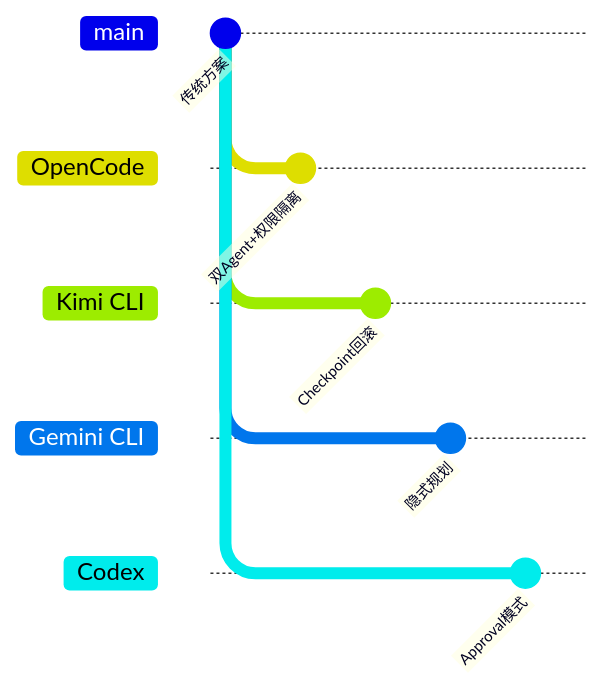
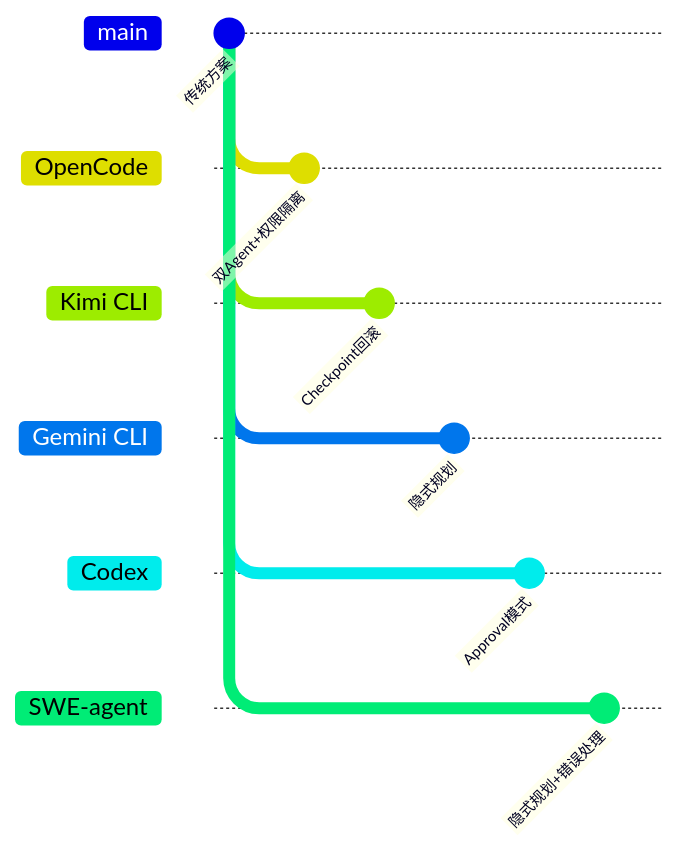
One commit to giraffe-tree/agent-base changed diagram 13 of 13 in docs/opencode/questions/opencode-plan-and-execute.md. Above: the diagram before and after it, drawn with Mermaid. The commit also changed other lines of this file and 155 other files, not shown here.

````diff
--- a/docs/opencode/questions/opencode-plan-and-execute.md
+++ b/docs/opencode/questions/opencode-plan-and-execute.md
@@ -851,19 +872,23 @@
 ```mermaid
 gitGraph
     commit id: "传统方案"
     branch "OpenCode"
     checkout "OpenCode"
     commit id: "双Agent+权限隔离"
     checkout main
     branch "Kimi CLI"
     checkout "Kimi CLI"
     commit id: "Checkpoint回滚"
     checkout main
     branch "Gemini CLI"
     checkout "Gemini CLI"
     commit id: "隐式规划"
     checkout main
     branch "Codex"
     checkout "Codex"
     commit id: "Approval模式"
+    checkout main
+    branch "SWE-agent"
+    checkout "SWE-agent"
+    commit id: "隐式规划+错误处理"
 ```
````
